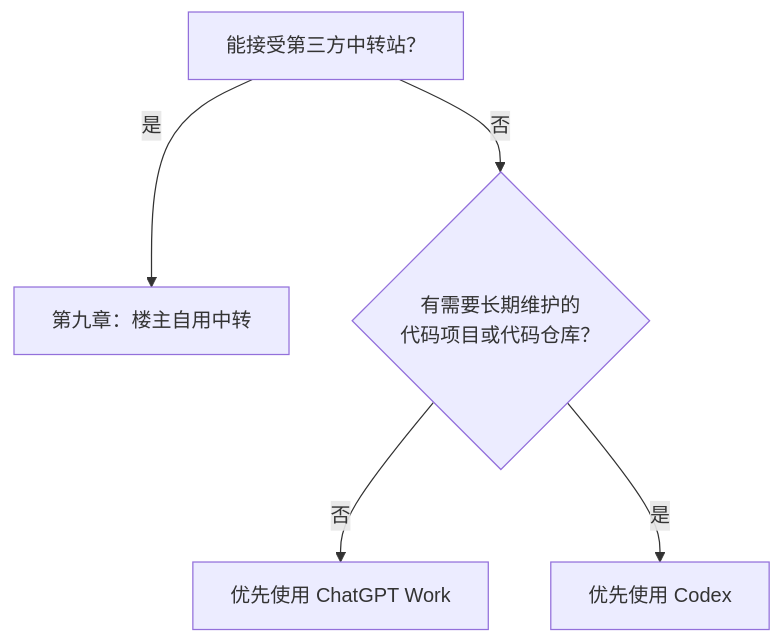
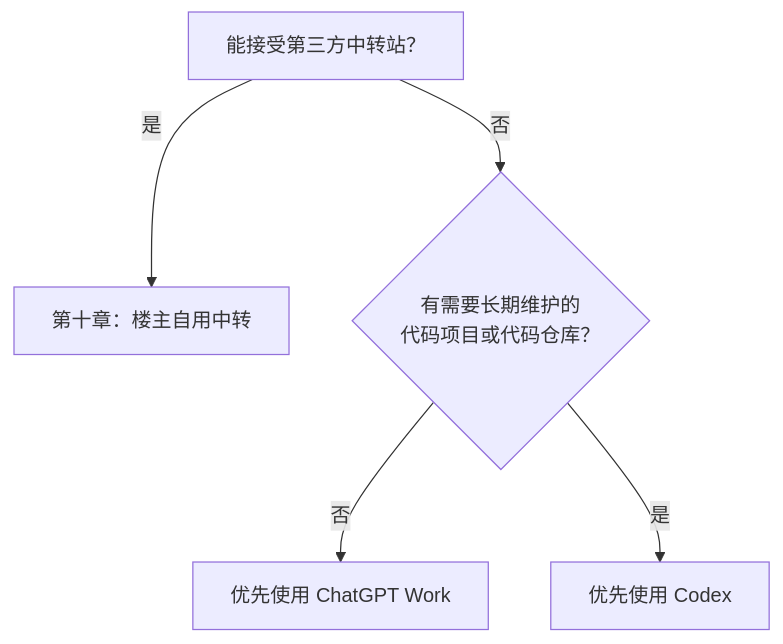
The diagram in README.md (cabbagecabbage/chatgpt-plus-codex-cn-guide), drawn with Mermaid before and after one commit. The commit also changed other lines of this file and 1 other file, not shown here.

````diff
--- a/README.md
+++ b/README.md
@@ -42,7 +42,7 @@
 ```mermaid
 flowchart TD
-    A["能接受第三方中转站？"] -->|是| B["第九章：楼主自用中转"]
+    A["能接受第三方中转站？"] -->|是| B["第十章：楼主自用中转"]
     A -->|否| C{"有需要长期维护的<br/>代码项目或代码仓库？"}
     C -->|否| D["优先使用 ChatGPT Work"]
     C -->|是| E["优先使用 Codex"]
 ```
````
